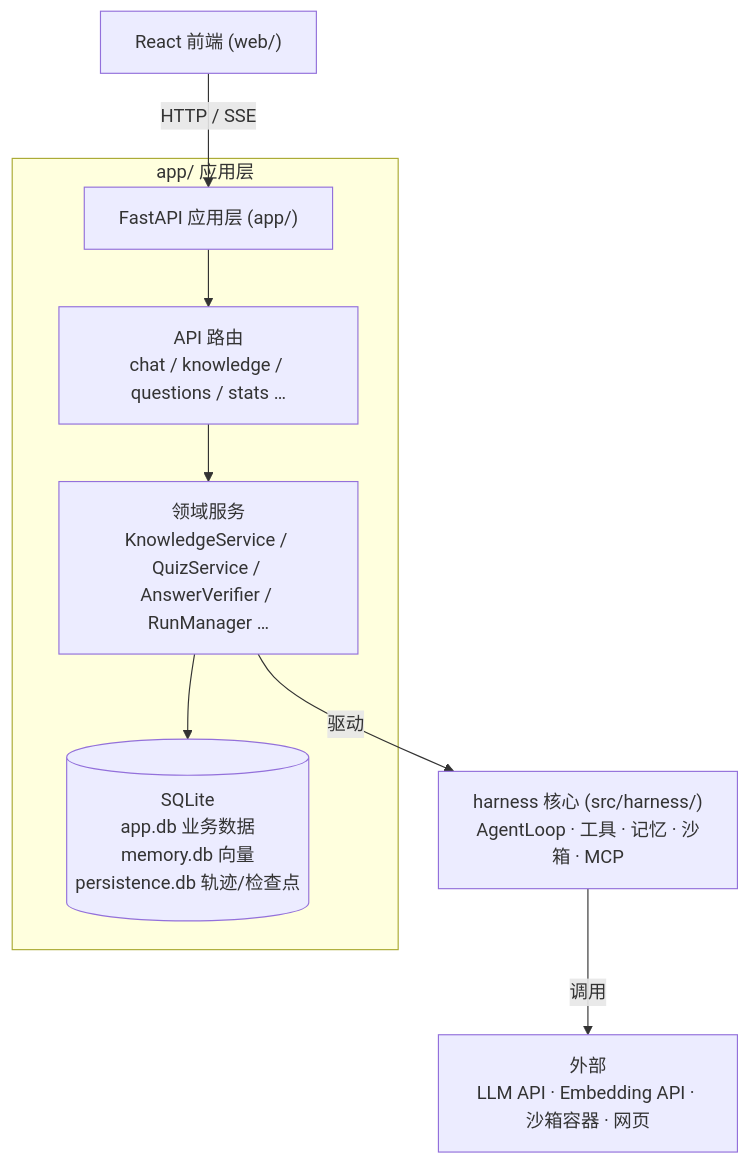
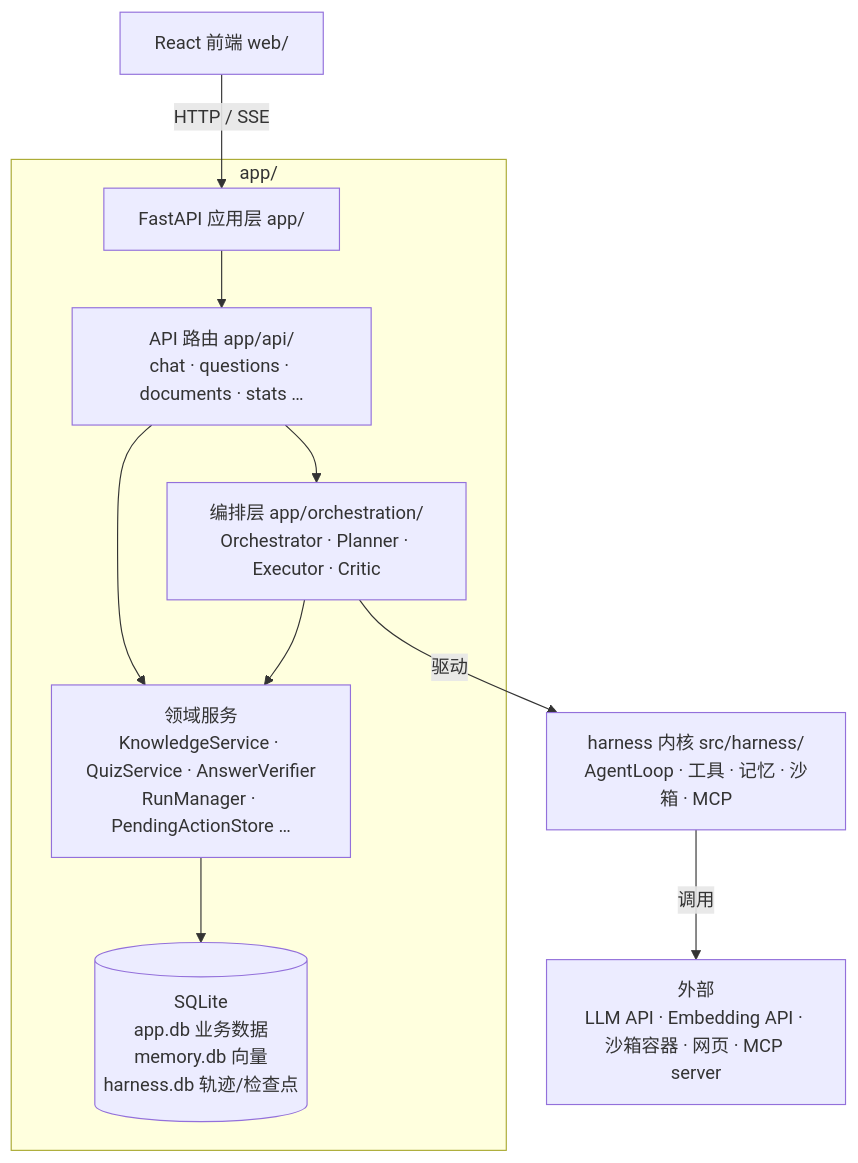
The first of 3 diagrams in docs/architecture-app.md (sumengnan/ai-learning-helper), drawn with Mermaid before and after one commit. The commit also changed other lines of this file and 1 other file, not shown here.

````diff
--- a/docs/architecture-app.md
+++ b/docs/architecture-app.md
@@ -9,11 +12,13 @@
 ```mermaid
 flowchart TD
-    UI["React 前端 (web/)"] -->|HTTP / SSE| API["FastAPI 应用层 (app/)"]
-    subgraph APP["app/ 应用层"]
-      API --> R["API 路由<br/>chat / knowledge / questions / stats …"]
-      R --> SVC["领域服务<br/>KnowledgeService / QuizService / AnswerVerifier / RunManager …"]
-      SVC --> DB[("SQLite<br/>app.db 业务数据<br/>memory.db 向量<br/>persistence.db 轨迹/检查点")]
+    UI["React 前端 web/"] -->|HTTP / SSE| API["FastAPI 应用层 app/"]
+    subgraph APP["app/"]
+      API --> R["API 路由 app/api/<br/>chat · questions · documents · stats …"]
+      R --> ORCH["编排层 app/orchestration/<br/>Orchestrator · Planner · Executor · Critic"]
+      R --> SVC["领域服务<br/>KnowledgeService · QuizService · AnswerVerifier<br/>RunManager · PendingActionStore …"]
+      SVC --> DB[("SQLite<br/>app.db 业务数据<br/>memory.db 向量<br/>harness.db 轨迹/检查点")]
+      ORCH --> SVC
     end
-    SVC -->|驱动| H["harness 核心 (src/harness/)<br/>AgentLoop · 工具 · 记忆 · 沙箱 · MCP"]
-    H -->|调用| EXT["外部<br/>LLM API · Embedding API · 沙箱容器 · 网页"]
+    ORCH -->|驱动| H["harness 内核 src/harness/<br/>AgentLoop · 工具 · 记忆 · 沙箱 · MCP"]
+    H -->|调用| EXT["外部<br/>LLM API · Embedding API · 沙箱容器 · 网页 · MCP server"]
 ```
````
